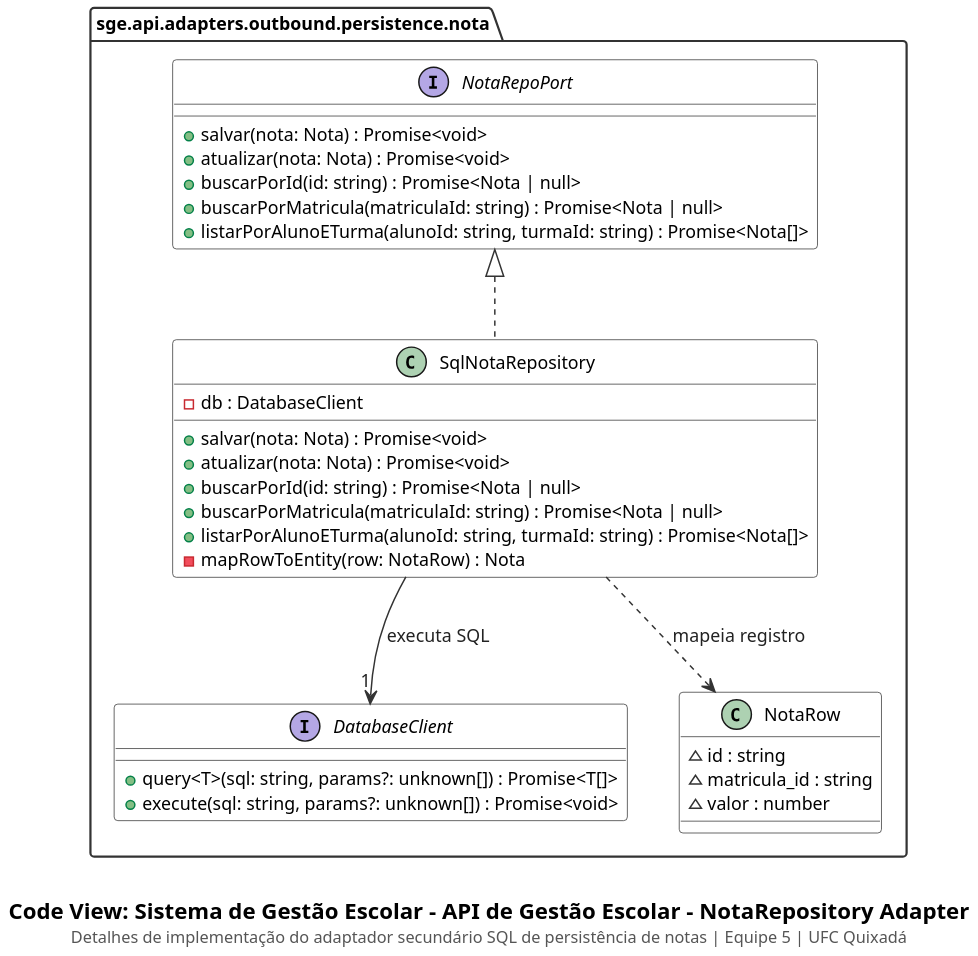
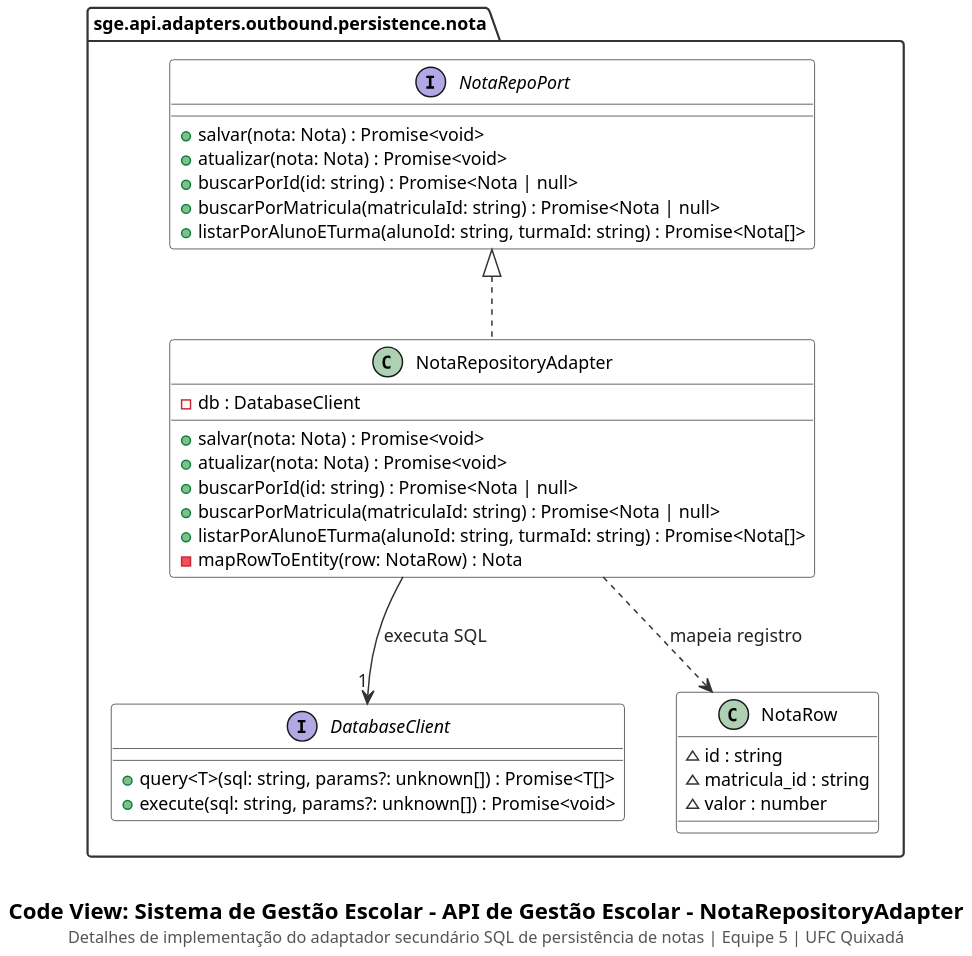
The diagram in docs/code/nota-repository-adapter.puml (cicerocarnauba/sistema-gestao-escolar), drawn with PlantUML before and after one commit. The commit also changed 8 other files, not shown here.

Commit message:
docs: alinha nomenclatura entre diagramas C3 (componentes) e C4 (código)

```diff
--- a/docs/code/nota-repository-adapter.puml
+++ b/docs/code/nota-repository-adapter.puml
@@ -1,56 +1,56 @@
 @startuml
 set separator none
 top to bottom direction
 skinparam backgroundColor #FFFFFF
 skinparam shadowing false
 skinparam dpi 180
 skinparam defaultFontName "SansSerif"
 skinparam defaultFontSize 12
 skinparam packageStyle folder
 skinparam packageBackgroundColor #FFFFFF
 skinparam packageBorderColor #333333
 skinparam packageFontStyle bold
 skinparam classBackgroundColor #FFFFFF
 skinparam classHeaderBackgroundColor #FFFFFF
 skinparam classBorderColor #333333
 skinparam arrowColor #333333
 skinparam arrowFontColor #222222
 skinparam noteBackgroundColor #FAFAFA
 skinparam noteBorderColor #666666
 
 package "sge.api.adapters.outbound.persistence.nota" {
     interface NotaRepoPort {
         + salvar(nota: Nota) : Promise<void>
         + atualizar(nota: Nota) : Promise<void>
         + buscarPorId(id: string) : Promise<Nota | null>
         + buscarPorMatricula(matriculaId: string) : Promise<Nota | null>
         + listarPorAlunoETurma(alunoId: string, turmaId: string) : Promise<Nota[]>
     }
 
-    class SqlNotaRepository implements NotaRepoPort {
+    class NotaRepositoryAdapter implements NotaRepoPort {
         - db : DatabaseClient
         + salvar(nota: Nota) : Promise<void>
         + atualizar(nota: Nota) : Promise<void>
         + buscarPorId(id: string) : Promise<Nota | null>
         + buscarPorMatricula(matriculaId: string) : Promise<Nota | null>
         + listarPorAlunoETurma(alunoId: string, turmaId: string) : Promise<Nota[]>
         - mapRowToEntity(row: NotaRow) : Nota
     }
 
     interface DatabaseClient {
         + query<T>(sql: string, params?: unknown[]) : Promise<T[]>
         + execute(sql: string, params?: unknown[]) : Promise<void>
     }
 
     class NotaRow {
         ~ id : string
         ~ matricula_id : string
         ~ valor : number
     }
 
-    SqlNotaRepository --> "1" DatabaseClient : executa SQL
-    SqlNotaRepository ..> NotaRow : mapeia registro
+    NotaRepositoryAdapter --> "1" DatabaseClient : executa SQL
+    NotaRepositoryAdapter ..> NotaRow : mapeia registro
 }
 
-caption \n<size:15><b>Code View: Sistema de Gestão Escolar - API de Gestão Escolar - NotaRepository Adapter</b></size>\n<size:11><color:#555555>Detalhes de implementação do adaptador secundário SQL de persistência de notas | Equipe 5 | UFC Quixadá</color></size>
+caption \n<size:15><b>Code View: Sistema de Gestão Escolar - API de Gestão Escolar - NotaRepositoryAdapter</b></size>\n<size:11><color:#555555>Detalhes de implementação do adaptador secundário SQL de persistência de notas | Equipe 5 | UFC Quixadá</color></size>
 @enduml
```
